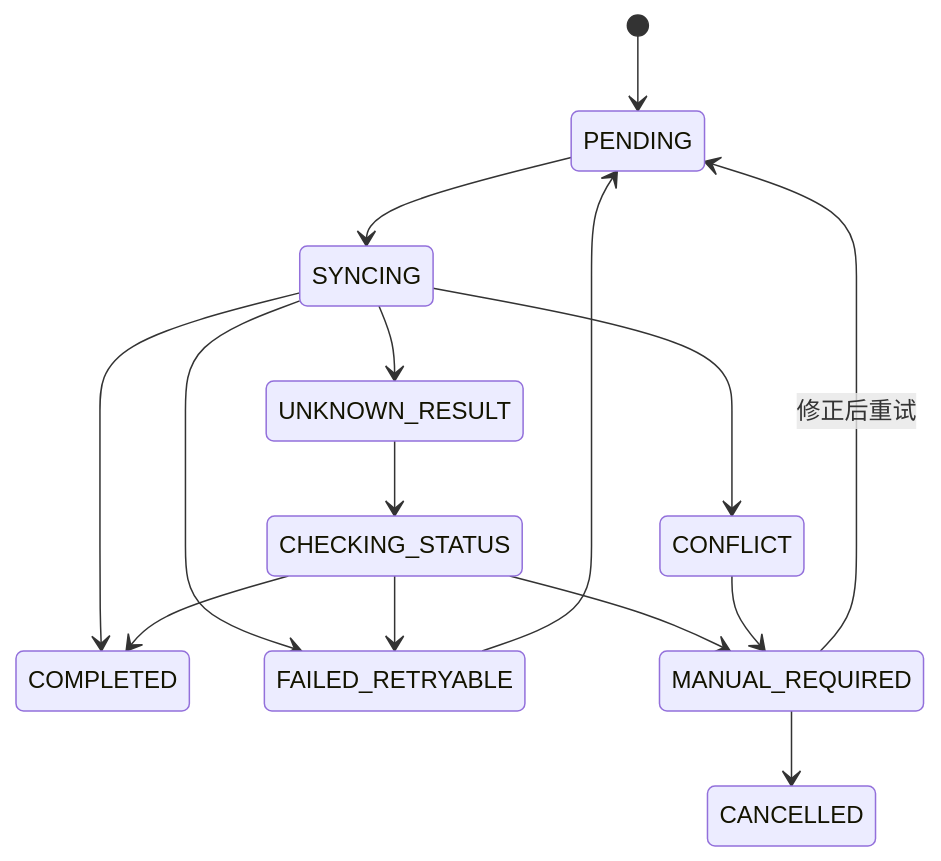
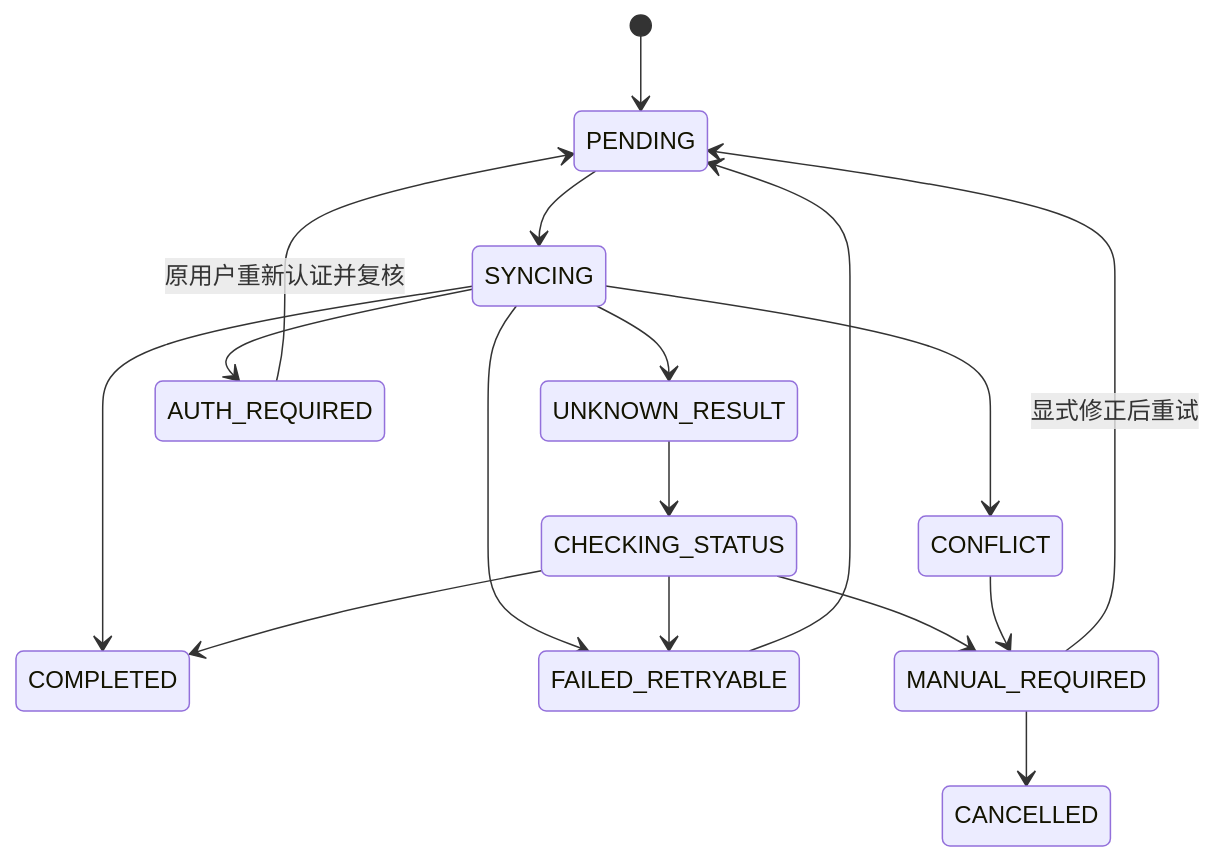
One commit to Chris-co-shi/mom-mobile changed the diagram in docs/architecture/离线命令队列与同步.md. Above: the diagram before and after it, drawn with Mermaid. The commit also changed other lines of this file and 10 other files, not shown here.

Commit message:
docs(auth): align mobile architecture with P1.5 security baseline

````diff
--- a/docs/architecture/离线命令队列与同步.md
+++ b/docs/architecture/离线命令队列与同步.md
@@ -51,17 +55,19 @@
 ```mermaid
 stateDiagram-v2
     [*] --> PENDING
     PENDING --> SYNCING
     SYNCING --> COMPLETED
     SYNCING --> FAILED_RETRYABLE
     SYNCING --> CONFLICT
     SYNCING --> UNKNOWN_RESULT
+    SYNCING --> AUTH_REQUIRED
     FAILED_RETRYABLE --> PENDING
     UNKNOWN_RESULT --> CHECKING_STATUS
     CHECKING_STATUS --> COMPLETED
     CHECKING_STATUS --> FAILED_RETRYABLE
     CHECKING_STATUS --> MANUAL_REQUIRED
+    AUTH_REQUIRED --> PENDING: 原用户重新认证并复核
     CONFLICT --> MANUAL_REQUIRED
-    MANUAL_REQUIRED --> PENDING: 修正后重试
+    MANUAL_REQUIRED --> PENDING: 显式修正后重试
     MANUAL_REQUIRED --> CANCELLED
 ```
````
